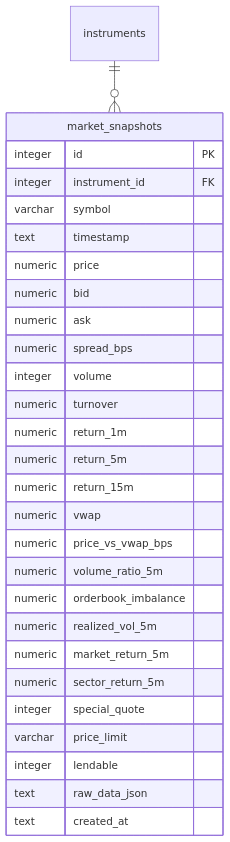
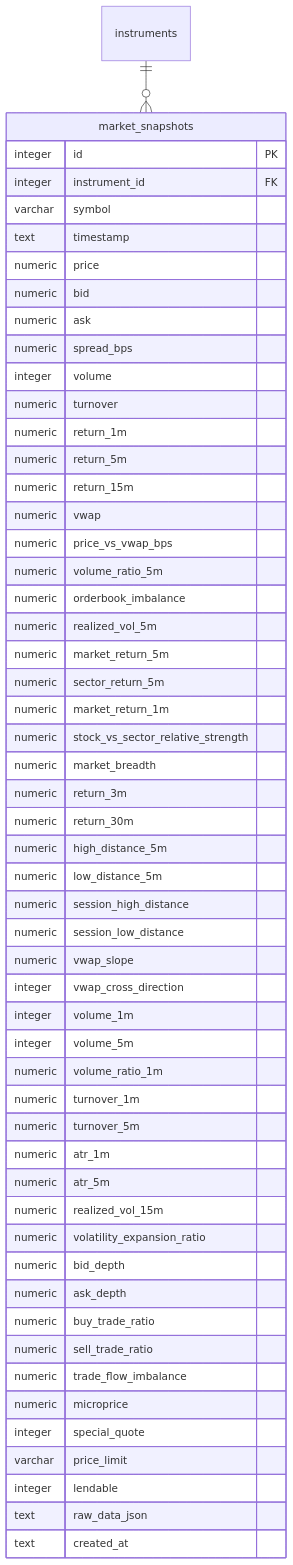
The second of 4 diagrams in docs/architecture/er/tables-market.md (ousiassllc/pitha-trador), drawn with Mermaid before and after one commit. The commit also changed 6 other files, not shown here.

Commit message:
docs: ER/DB 関連ドキュメントを実装に合わせて修正

````diff
--- a/docs/architecture/er/tables-market.md
+++ b/docs/architecture/er/tables-market.md
@@ -44,31 +44,57 @@
 ```mermaid
 erDiagram
     instruments ||--o{ market_snapshots : ""
     market_snapshots {
         integer id PK
         integer instrument_id FK
         varchar symbol
         text timestamp
         numeric price
         numeric bid
         numeric ask
         numeric spread_bps
         integer volume
         numeric turnover
         numeric return_1m
         numeric return_5m
         numeric return_15m
         numeric vwap
         numeric price_vs_vwap_bps
         numeric volume_ratio_5m
         numeric orderbook_imbalance
         numeric realized_vol_5m
         numeric market_return_5m
         numeric sector_return_5m
+        numeric market_return_1m
+        numeric stock_vs_sector_relative_strength
+        numeric market_breadth
+        numeric return_3m
+        numeric return_30m
+        numeric high_distance_5m
+        numeric low_distance_5m
+        numeric session_high_distance
+        numeric session_low_distance
+        numeric vwap_slope
+        integer vwap_cross_direction
+        integer volume_1m
+        integer volume_5m
+        numeric volume_ratio_1m
+        numeric turnover_1m
+        numeric turnover_5m
+        numeric atr_1m
+        numeric atr_5m
+        numeric realized_vol_15m
+        numeric volatility_expansion_ratio
+        numeric bid_depth
+        numeric ask_depth
+        numeric buy_trade_ratio
+        numeric sell_trade_ratio
+        numeric trade_flow_imbalance
+        numeric microprice
         integer special_quote
         varchar price_limit
         integer lendable
         text raw_data_json
         text created_at
     }
 ```
````
